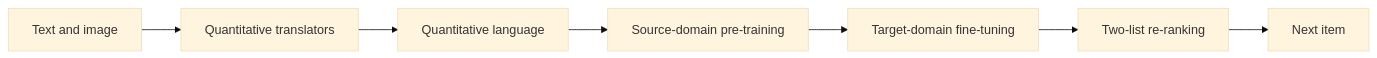
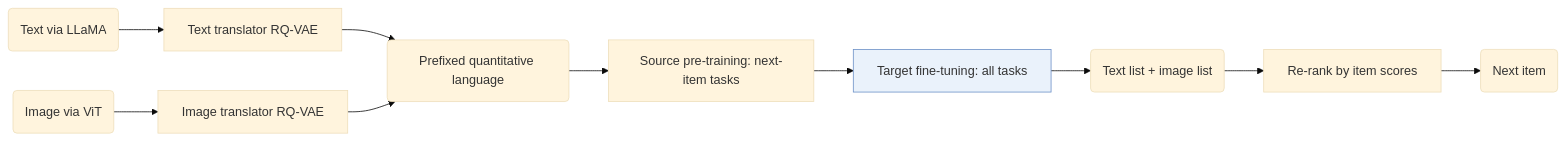
One commit to Galaxy-ghost/Awesome-SID-Generative-Rec changed the diagram in notes/mql4grec.md. Above: the diagram before and after it, drawn with Mermaid (base theme). The commit also changed 521 other files, not shown here.

Commit message:
writer-04 part 3: algorithm diagrams with shared shape conventions, README hero and paper cards, archive removed

````diff
--- a/notes/mql4grec.md
+++ b/notes/mql4grec.md
@@ -13,9 +13,13 @@
 ```mermaid
 flowchart LR
-    A[Text and image] --> B[Quantitative translators]
-    B --> C[Quantitative language]
-    C --> D[Source-domain pre-training]
-    D --> E[Target-domain fine-tuning]
-    E --> F[Two-list re-ranking]
-    F --> G[Next item]
+    A("Text via LLaMA") --> C["Text translator RQ-VAE"]
+    B("Image via ViT") --> D["Image translator RQ-VAE"]
+    C --> E("Prefixed quantitative language")
+    D --> E
+    E --> F["Source pre-training: next-item tasks"]
+    F --> G["Target fine-tuning: all tasks"]:::key
+    G --> H("Text list + image list")
+    H --> I["Re-rank by item scores"]
+    I --> J("Next item")
+    classDef key fill:#eaf2fb,stroke:#6b8fc7
 ```
````
